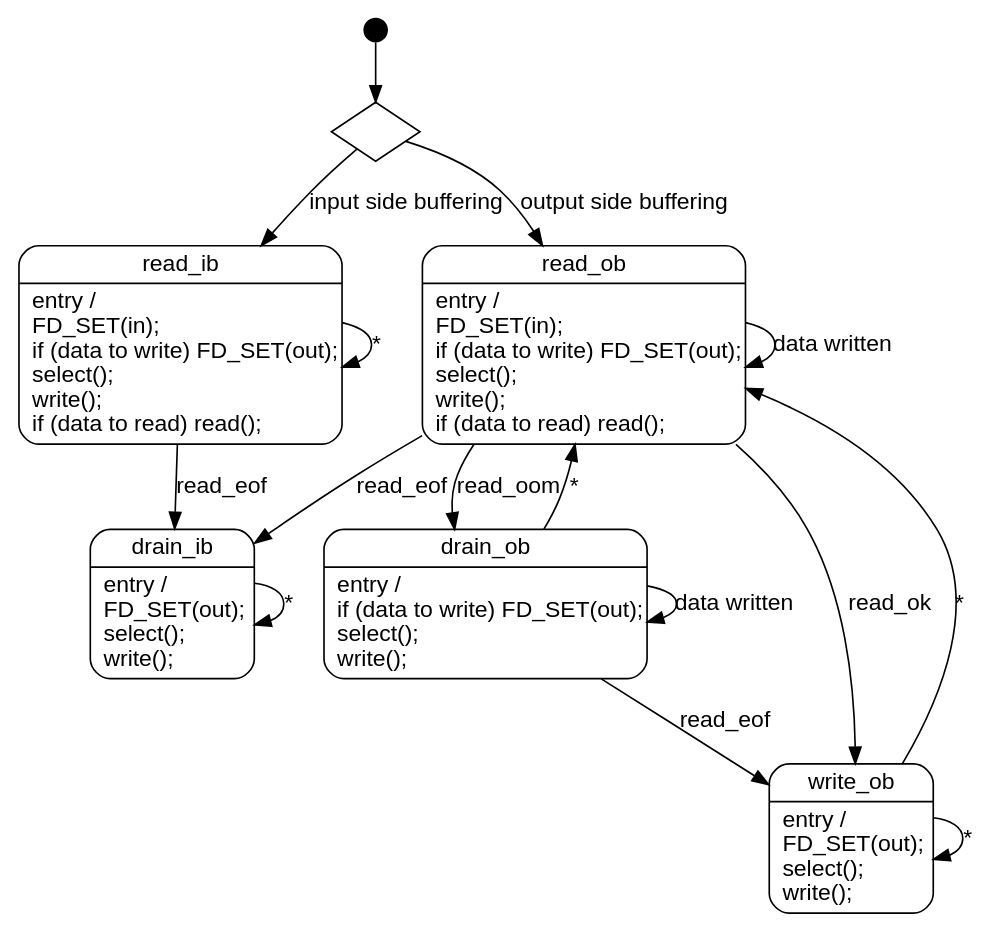
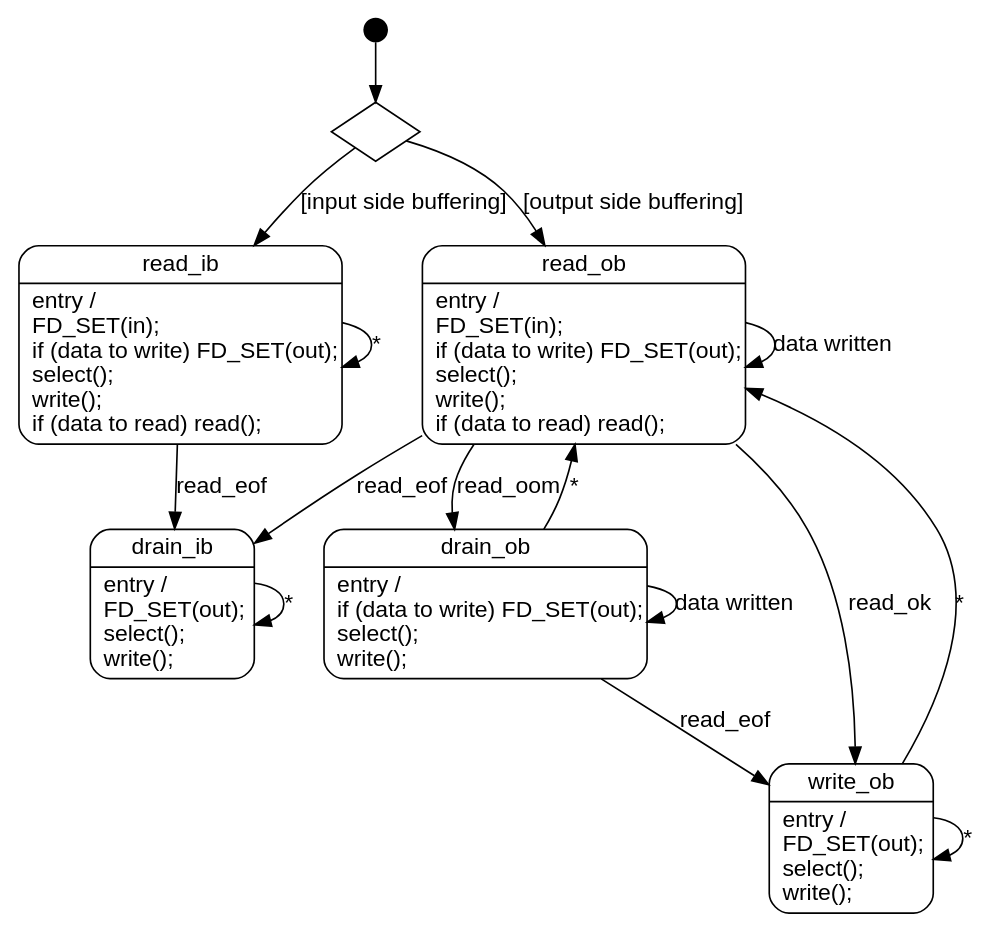
The diagram in tee-state.dot (dspinellis/dgsh), drawn with Graphviz before and after one commit.

Commit message:
Correct conditional guards

```diff
--- a/tee-state.dot
+++ b/tee-state.dot
@@ -1,35 +1,35 @@
 digraph teestate {
 	node [shape="record", style="rounded", fontname="Arial"];
 	edge [fontname="Arial"];
 
 	drain_ib [label="{drain_ib|entry /\lFD_SET(out);\lselect();\lwrite();\l}"];
 	drain_ob [label="{drain_ob|entry /\lif (data to write) FD_SET(out);\lselect();\lwrite();\l}"];
 	read_ib [label="{read_ib|entry /\lFD_SET(in);\lif (data to write) FD_SET(out);\lselect();\lwrite();\lif (data to read) read();\l}"];
 	read_ob [label="{read_ob|entry /\lFD_SET(in);\lif (data to write) FD_SET(out);\lselect();\lwrite();\lif (data to read) read();\l}"];
 	write_ob [label="{write_ob|entry /\lFD_SET(out);\lselect();\lwrite();\l}"];
 
 	read_ob -> drain_ib [label="read_eof"];
 	read_ob -> write_ob [label="read_ok"];
 	read_ob -> drain_ob [label="read_oom"];
 	read_ob -> read_ob [label="data written"];
 
 	read_ib -> drain_ib [label="read_eof"];
 	read_ib -> read_ib [label="*"];
 
 	drain_ib -> drain_ib [label="*"];
 
 	write_ob -> read_ob [label="*"];
 	write_ob -> write_ob [label="*"];
 
 	drain_ob -> read_ob [label="*"];
 	drain_ob -> write_ob [label="read_eof"];
 	drain_ob -> drain_ob [label="data written"];
 
 	start [shape=circle,style=filled,label="",width=0.2,fillcolor=black,fixedsize=true];
 	bufftype [shape=diamond,label="",style=""];
 	start -> bufftype;
-	bufftype -> read_ib [label="input side buffering"];
-	bufftype -> read_ob [label="output side buffering"];
+	bufftype -> read_ib [label="[input side buffering]"];
+	bufftype -> read_ob [label="[output side buffering]"];
 
 	/* end [shape=doublecircle,style=filled,label="",width=0.3,fixedsize=true]; */
 }
```
